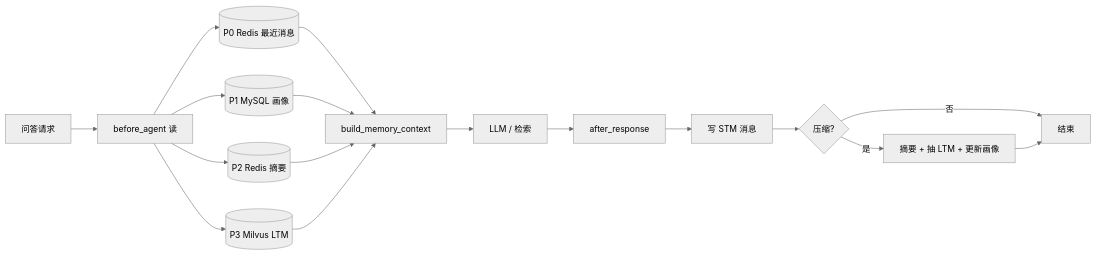
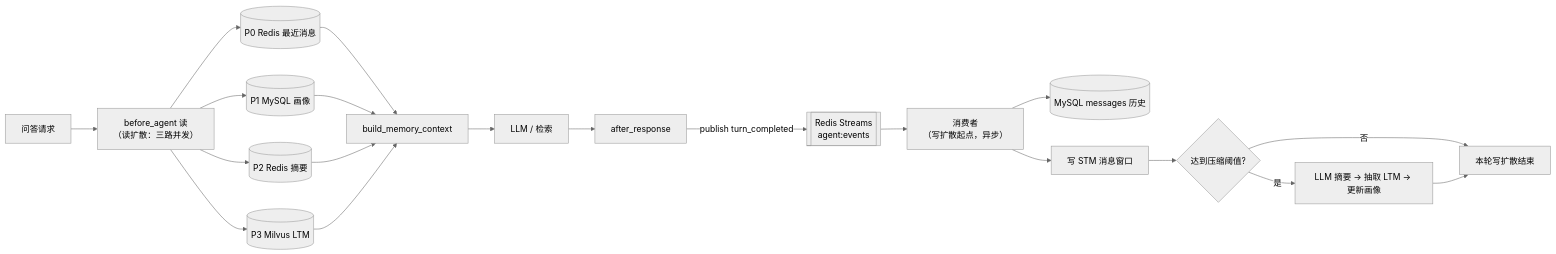
The first of 6 diagrams in docs/modules/04-记忆系统.md (bitladykiller/-), drawn with Mermaid (neutral theme) before and after one commit. The commit also changed other lines of this file and 5 other files, not shown here.

First line of the commit message:
docs: 模块文档教学化改造，新增写扩散/读扩散主章与七张流程图

````diff
--- a/docs/modules/04-记忆系统.md
+++ b/docs/modules/04-记忆系统.md
@@ -43,16 +43,19 @@
 ```mermaid
 flowchart LR
-    REQ[问答请求] --> BEFORE[before_agent 读]
+    REQ[问答请求] --> BEFORE["before_agent 读<br/>（读扩散：三路并发）"]
     BEFORE --> P0[(P0 Redis 最近消息)]
     BEFORE --> P1[(P1 MySQL 画像)]
     BEFORE --> P2[(P2 Redis 摘要)]
     BEFORE --> P3[(P3 Milvus LTM)]
     P0 & P1 & P2 & P3 --> CTX[build_memory_context]
     CTX --> AGENT[LLM / 检索]
     AGENT --> AFTER[after_response]
-    AFTER --> W1[写 STM 消息]
-    W1 --> W2{压缩?}
-    W2 -->|是| W3[摘要 + 抽 LTM + 更新画像]
-    W2 -->|否| DONE[结束]
+    AFTER -->|"publish turn_completed"| EV[["Redis Streams<br/>agent:events"]]
+    EV --> CONSUMER["消费者<br/>（写扩散起点，异步）"]
+    CONSUMER --> H[(MySQL messages 历史)]
+    CONSUMER --> W1[写 STM 消息窗口]
+    W1 --> W2{达到压缩阈值?}
+    W2 -->|是| W3[LLM 摘要 → 抽取 LTM → 更新画像]
+    W2 -->|否| DONE[本轮写扩散结束]
     W3 --> DONE
 ```
````
